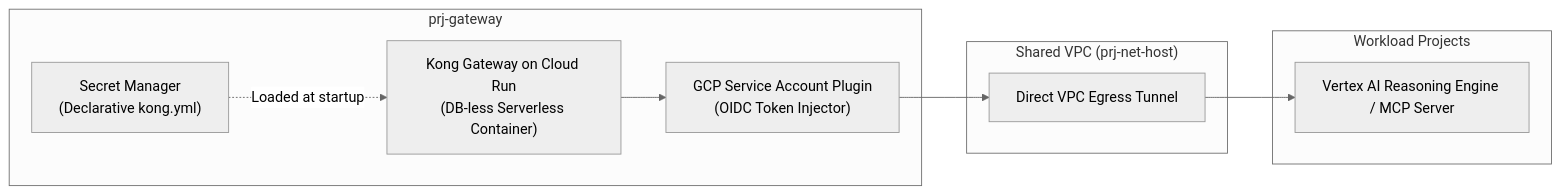
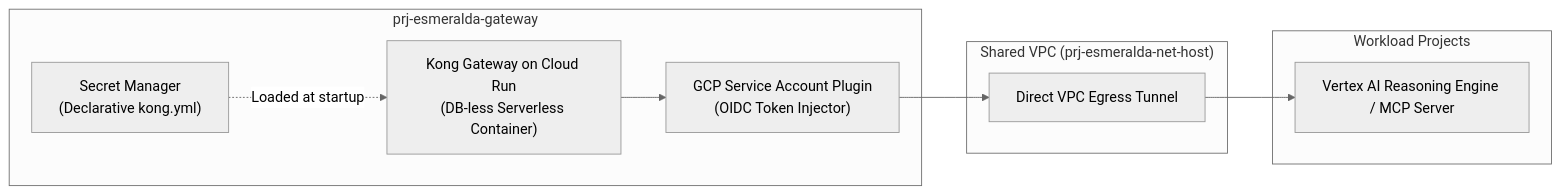
Before and after one commit to google/esmeralda: the second of 4 diagrams in docs/2-workloads-and-catalog/01-ingress-gateways.md, drawn with Mermaid (neutral theme). The commit also changed other lines of this file and 11 other files, not shown here.

First line of the commit message:
Update project names to match project IDs and standardize esmeralda prefix for net-host and gateway projects

````diff
--- a/docs/2-workloads-and-catalog/01-ingress-gateways.md
+++ b/docs/2-workloads-and-catalog/01-ingress-gateways.md
@@ -62,20 +62,20 @@
 ```mermaid
 graph LR
-    subgraph GatewayProject["prj-gateway"]
+    subgraph GatewayProject["prj-esmeralda-gateway"]
         Secret["Secret Manager<br/>(Declarative kong.yml)"]
         Kong["Kong Gateway on Cloud Run<br/>(DB-less Serverless Container)"]
         Plugin["GCP Service Account Plugin<br/>(OIDC Token Injector)"]
     end
 
-    subgraph SharedVPC["Shared VPC (prj-net-host)"]
+    subgraph SharedVPC["Shared VPC (prj-esmeralda-net-host)"]
         Egress["Direct VPC Egress Tunnel"]
     end
 
     subgraph Target["Workload Projects"]
         Vertex["Vertex AI Reasoning Engine / MCP Server"]
     end
 
     Secret -. Loaded at startup .-> Kong
     Kong --> Plugin
     Plugin --> Egress --> Vertex
 ```
````
